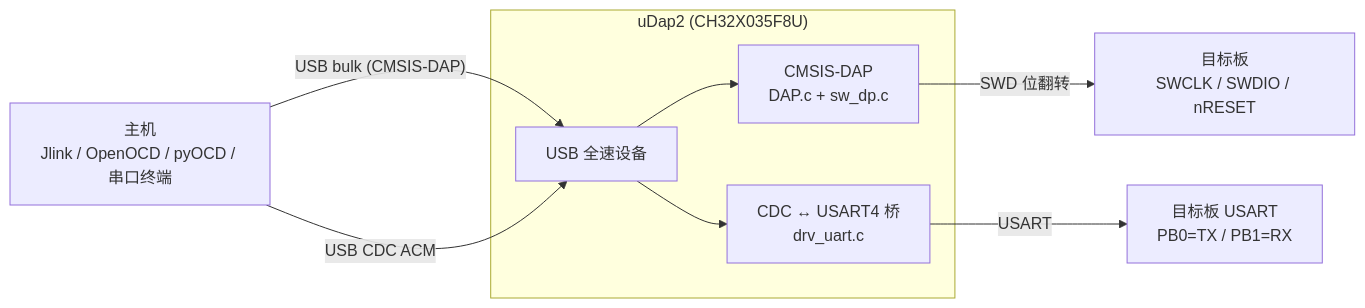
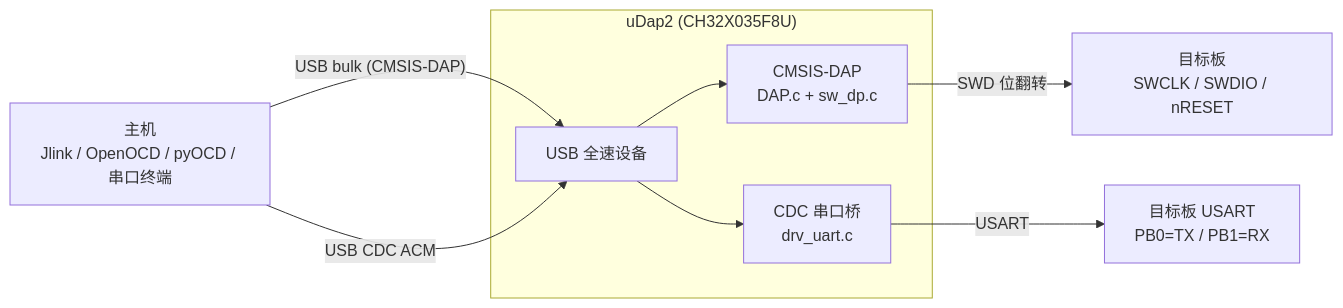
One commit to TheBadZhang/uDap changed the diagram in readme.md. Above: the diagram before and after it, drawn with Mermaid. The commit also changed other lines of this file and 26 other files, not shown here.

````diff
--- a/readme.md
+++ b/readme.md
@@ -15,18 +15,18 @@
 ```mermaid
 flowchart LR
     PC["主机<br/>Jlink / OpenOCD / pyOCD / 串口终端"]
     subgraph DAP["uDap2 (CH32X035F8U)"]
         USBFS["USB 全速设备"]
         DAPC["CMSIS-DAP<br/>DAP.c + sw_dp.c"]
-        BR["CDC ↔ USART4 桥<br/>drv_uart.c"]
+        BR["CDC 串口桥<br/>drv_uart.c"]
     end
     TGT["目标板<br/>SWCLK / SWDIO / nRESET"]
     UART["目标板 USART<br/>PB0=TX / PB1=RX"]
 
     PC -- "USB bulk (CMSIS-DAP)" --> USBFS
     PC -- "USB CDC ACM" --> USBFS
     USBFS --> DAPC
     USBFS --> BR
     DAPC -- "SWD 位翻转" --> TGT
     BR -- "USART" --> UART
 ```
````
